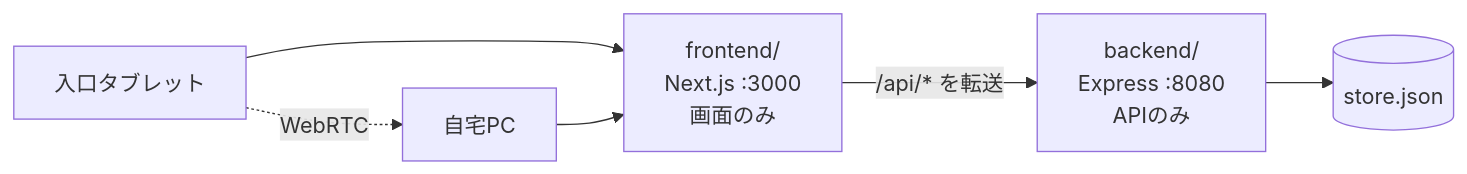
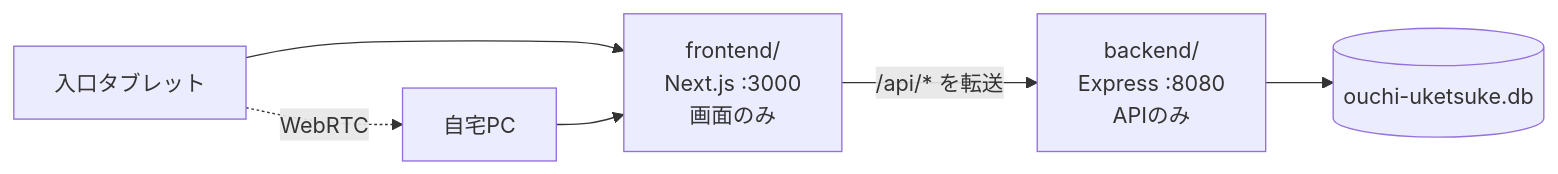
One commit to n0r1k09583/OuchiUketsuke changed the first of 3 diagrams in docs/basic-design.md. Above: the diagram before and after it, drawn with Mermaid. The commit also changed other lines of this file and 19 other files, not shown here.

````diff
--- a/docs/basic-design.md
+++ b/docs/basic-design.md
@@ -26,8 +26,8 @@
 ```mermaid
 flowchart LR
     Kiosk["入口タブレット"] --> Next["frontend/\nNext.js :3000\n画面のみ"]
     Home["自宅PC"] --> Next
     Next -- "/api/* を転送" --> API["backend/\nExpress :8080\nAPIのみ"]
-    API --> Store[("store.json")]
+    API --> Store[("ouchi-uketsuke.db")]
     Kiosk -. WebRTC .-> Home
 ```
````
